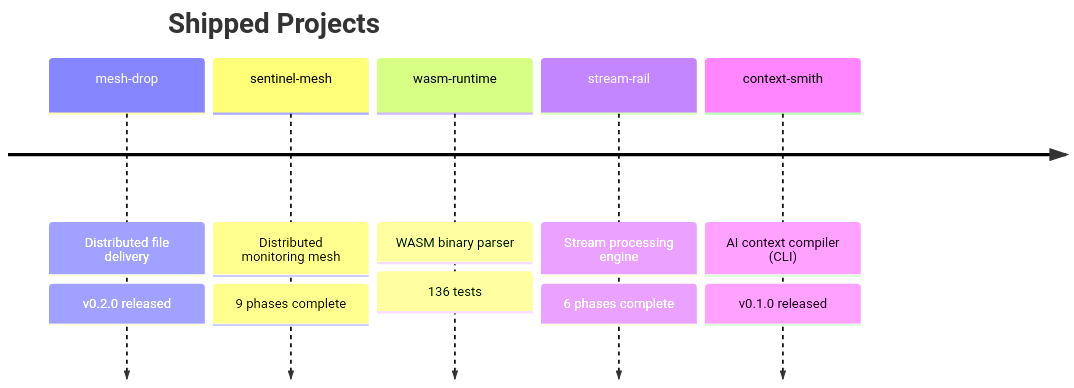
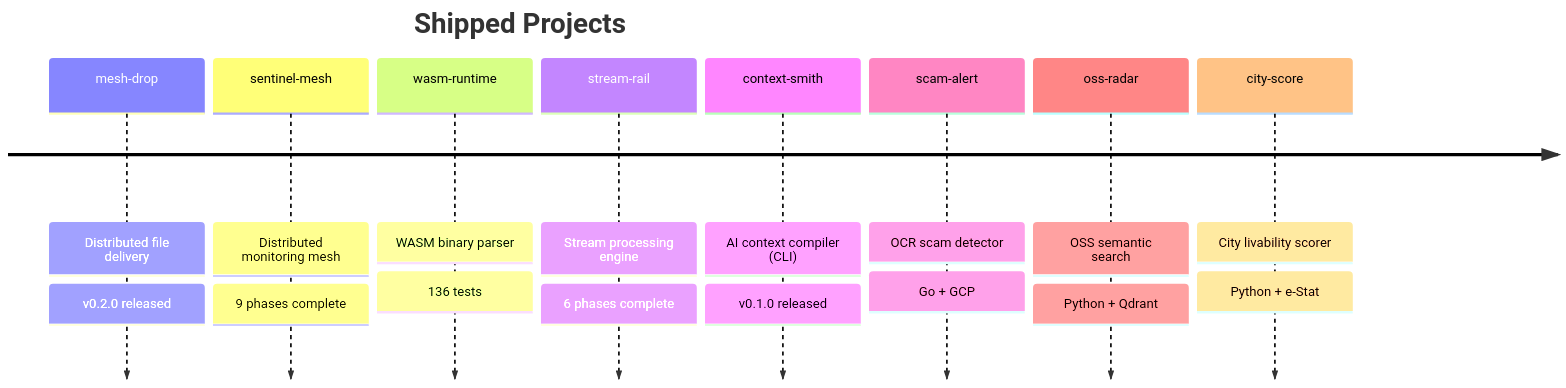
One commit to flipslidersand/flipslidersand changed the diagram in README.md. Above: the diagram before and after it, drawn with Mermaid. The commit also changed other lines of this file, not shown here.

Commit message:
docs: add scam-alert / oss-radar / city-score to profile

````diff
--- a/README.md
+++ b/README.md
@@ -74,9 +92,12 @@
 ```mermaid
 timeline
     title Shipped Projects
     mesh-drop        : Distributed file delivery : v0.2.0 released
     sentinel-mesh    : Distributed monitoring mesh : 9 phases complete
     wasm-runtime     : WASM binary parser : 136 tests
     stream-rail      : Stream processing engine : 6 phases complete
     context-smith    : AI context compiler (CLI) : v0.1.0 released
+    scam-alert       : OCR scam detector : Go + GCP
+    oss-radar        : OSS semantic search : Python + Qdrant
+    city-score       : City livability scorer : Python + e-Stat
 ```
````
